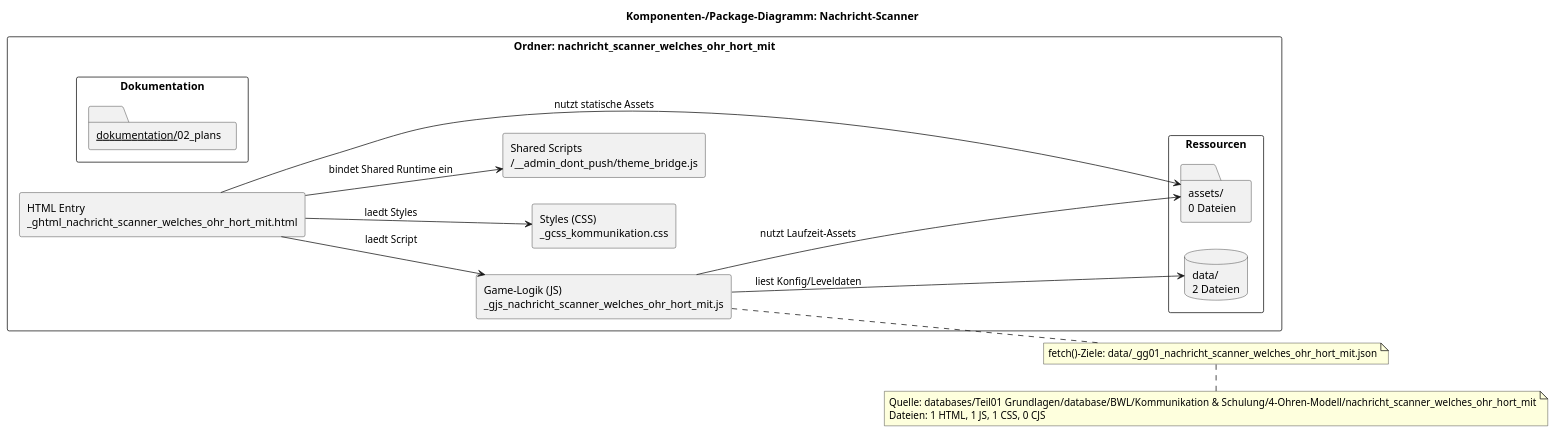
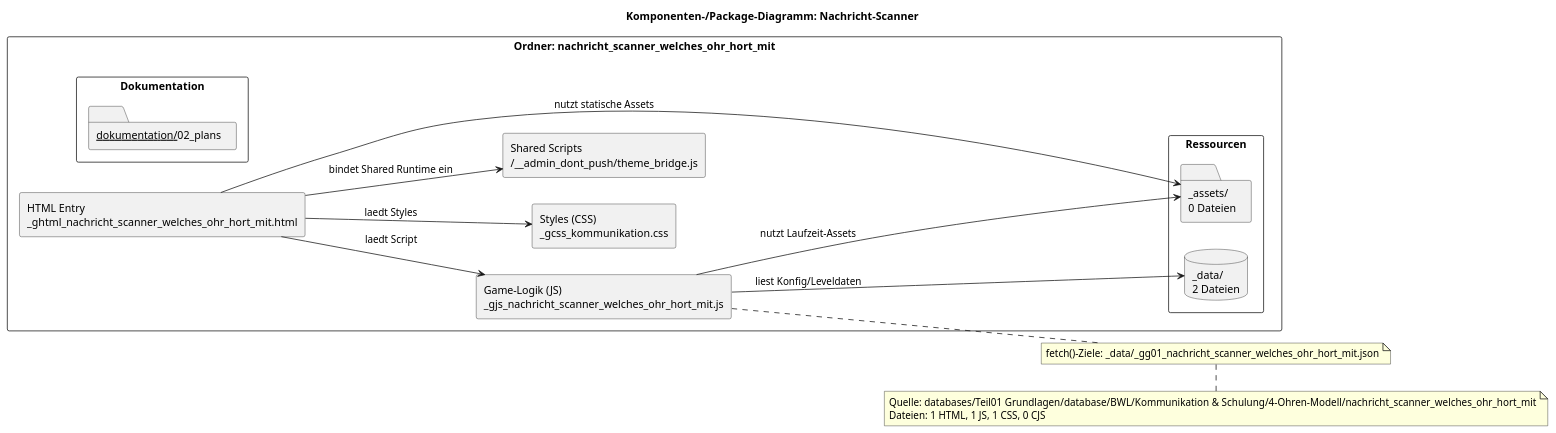
The diagram in databases/Teil01 Grundlagen/database/BWL/Kommunikation & Schulung/4-Ohren-Modell/nachricht_scanner_welches_ohr_hort_mit/__dokumentation/__02_plans/__component_package_diagram.puml (Thor-the-Dwarf/easyPV), drawn with PlantUML before and after one commit. The commit also changed 1258 other files, not shown here.

Commit message:
TeamChef01: _assets/_data Migration und _-Sichtbarkeitsregel strikt umgesetzt

```diff
--- a/databases/Teil01 Grundlagen/database/BWL/Kommunikation & Schulung/4-Ohren-Modell/nachricht_scanner_welches_ohr_hort_mit/__dokumentation/__02_plans/__component_package_diagram.puml
+++ b/databases/Teil01 Grundlagen/database/BWL/Kommunikation & Schulung/4-Ohren-Modell/nachricht_scanner_welches_ohr_hort_mit/__dokumentation/__02_plans/__component_package_diagram.puml
@@ -1,37 +1,37 @@
 @startuml
 title Komponenten-/Package-Diagramm: Nachricht-Scanner
 left to right direction
 skinparam packageStyle rectangle
 skinparam componentStyle rectangle
 skinparam shadowing false
 
 package "Ordner: nachricht_scanner_welches_ohr_hort_mit" as Scope {
   component "HTML Entry\n_ghtml_nachricht_scanner_welches_ohr_hort_mit.html" as HTML
   component "Game-Logik (JS)\n_gjs_nachricht_scanner_welches_ohr_hort_mit.js" as JS
   component "Styles (CSS)\n_gcss_kommunikation.css" as CSS
   component "Shared Scripts\n/__admin_dont_push/theme_bridge.js" as SHAREDJS
   package "Ressourcen" as RES {
-    database "data/\n2 Dateien" as DATA
-    folder "assets/\n0 Dateien" as ASSETS
+    database "_data/\n2 Dateien" as DATA
+    folder "_assets/\n0 Dateien" as ASSETS
   }
   package "Dokumentation" as DOC {
     folder "__dokumentation/__02_plans" as PLAN
   }
 }
 
 HTML --> JS : laedt Script
 HTML --> CSS : laedt Styles
 HTML --> SHAREDJS : bindet Shared Runtime ein
 JS --> DATA : liest Konfig/Leveldaten
 JS --> ASSETS : nutzt Laufzeit-Assets
 HTML --> ASSETS : nutzt statische Assets
 
 note right of JS
-fetch()-Ziele: data/_gg01_nachricht_scanner_welches_ohr_hort_mit.json
+fetch()-Ziele: _data/_gg01_nachricht_scanner_welches_ohr_hort_mit.json
 end note
 
 note bottom
 Quelle: databases/Teil01 Grundlagen/database/BWL/Kommunikation & Schulung/4-Ohren-Modell/nachricht_scanner_welches_ohr_hort_mit
 Dateien: 1 HTML, 1 JS, 1 CSS, 0 CJS
 end note
 @enduml
```
